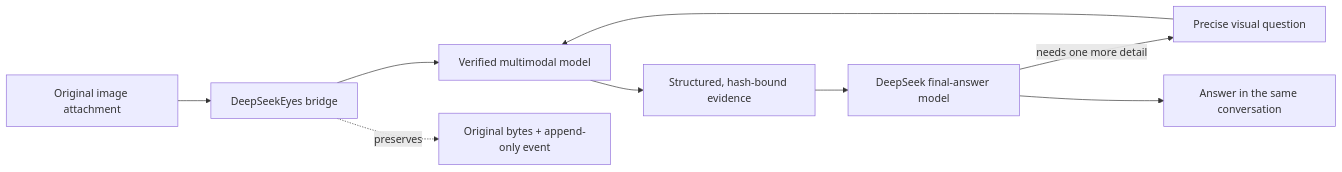
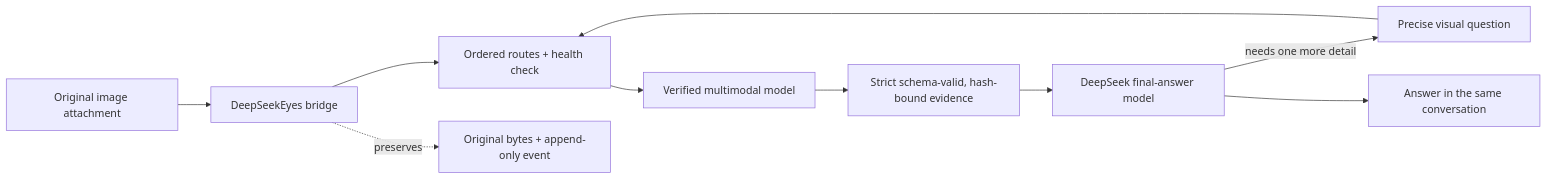
One commit to dttxorg/deepseekeyes changed the diagram in README.md. Above: the diagram before and after it, drawn with Mermaid. The commit also changed other lines of this file and 47 other files, not shown here.

````diff
--- a/README.md
+++ b/README.md
@@ -95,11 +91,12 @@
 ```mermaid
 flowchart LR
     A["Original image attachment"] --> B["DeepSeekEyes bridge"]
-    B --> C["Verified multimodal model"]
-    C --> D["Structured, hash-bound evidence"]
+    B --> C["Ordered routes + health check"]
+    C --> C2["Verified multimodal model"]
+    C2 --> D["Strict schema-valid, hash-bound evidence"]
     D --> E["DeepSeek final-answer model"]
     E -->|needs one more detail| F["Precise visual question"]
     F --> C
     E --> G["Answer in the same conversation"]
     B -. preserves .-> H["Original bytes + append-only event"]
 ```
````
